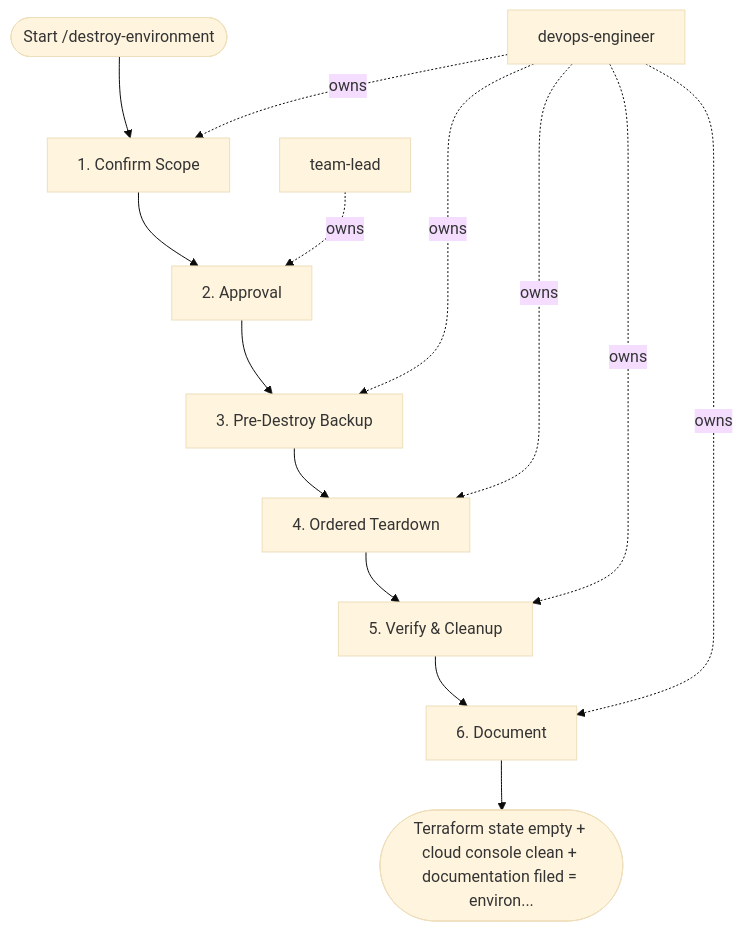
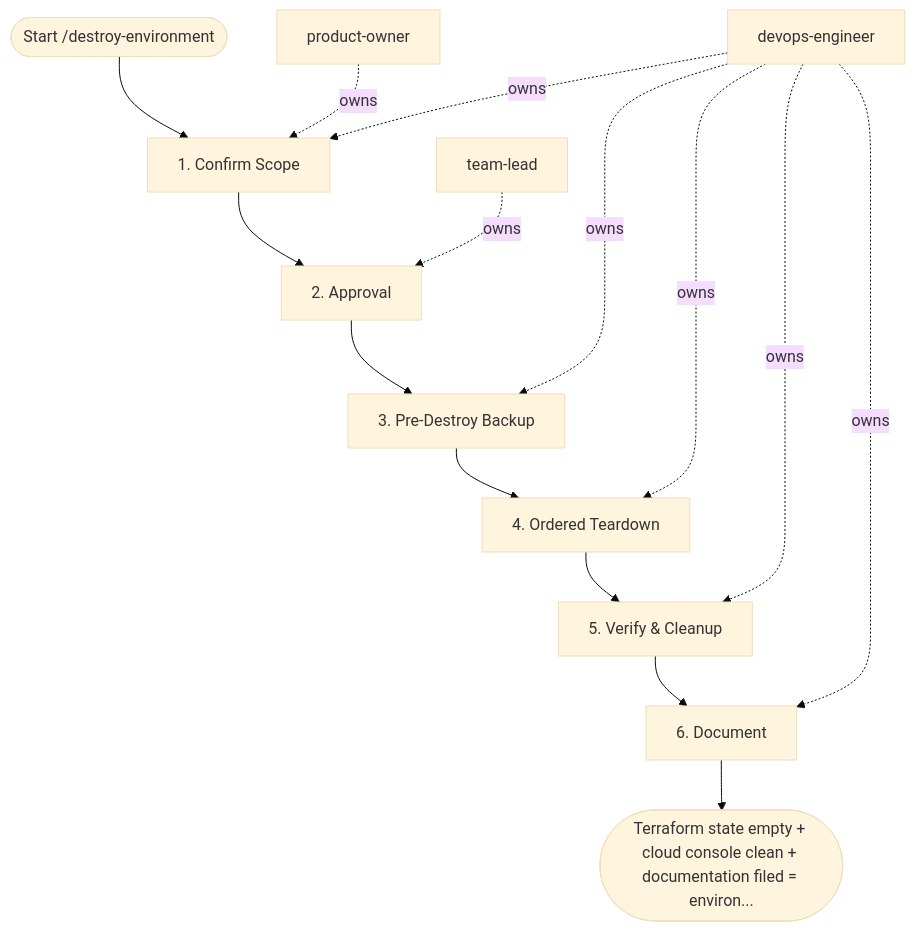
One commit to sawrus/agent-guides changed the diagram in areas/devops/infrastructure/workflows/destroy-environment.md. Above: the diagram before and after it, drawn with Mermaid (base theme). The commit also changed other lines of this file and 76 other files, not shown here.

Commit message:
Standardize workflow product owner initiation

````diff
--- a/areas/devops/infrastructure/workflows/destroy-environment.md
+++ b/areas/devops/infrastructure/workflows/destroy-environment.md
@@ -98,26 +98,28 @@
 ```mermaid
 flowchart TD
   start(["Start /destroy-environment"])
-  role_1["devops-engineer"]
-  role_2["team-lead"]
+  role_1["product-owner"]
+  role_2["devops-engineer"]
+  role_3["team-lead"]
   step_1["1. Confirm Scope"]
   step_2["2. Approval"]
   step_3["3. Pre-Destroy Backup"]
   step_4["4. Ordered Teardown"]
   step_5["5. Verify & Cleanup"]
   step_6["6. Document"]
   exit(["Terraform state empty + cloud console clean + documentation filed = environ..."])
   start --> step_1
   step_1 --> step_2
   step_2 --> step_3
   step_3 --> step_4
   step_4 --> step_5
   step_5 --> step_6
   step_6 --> exit
   role_1 -. owns .-> step_1
-  role_2 -. owns .-> step_2
-  role_1 -. owns .-> step_3
-  role_1 -. owns .-> step_4
-  role_1 -. owns .-> step_5
-  role_1 -. owns .-> step_6
+  role_2 -. owns .-> step_1
+  role_3 -. owns .-> step_2
+  role_2 -. owns .-> step_3
+  role_2 -. owns .-> step_4
+  role_2 -. owns .-> step_5
+  role_2 -. owns .-> step_6
 ```
````
